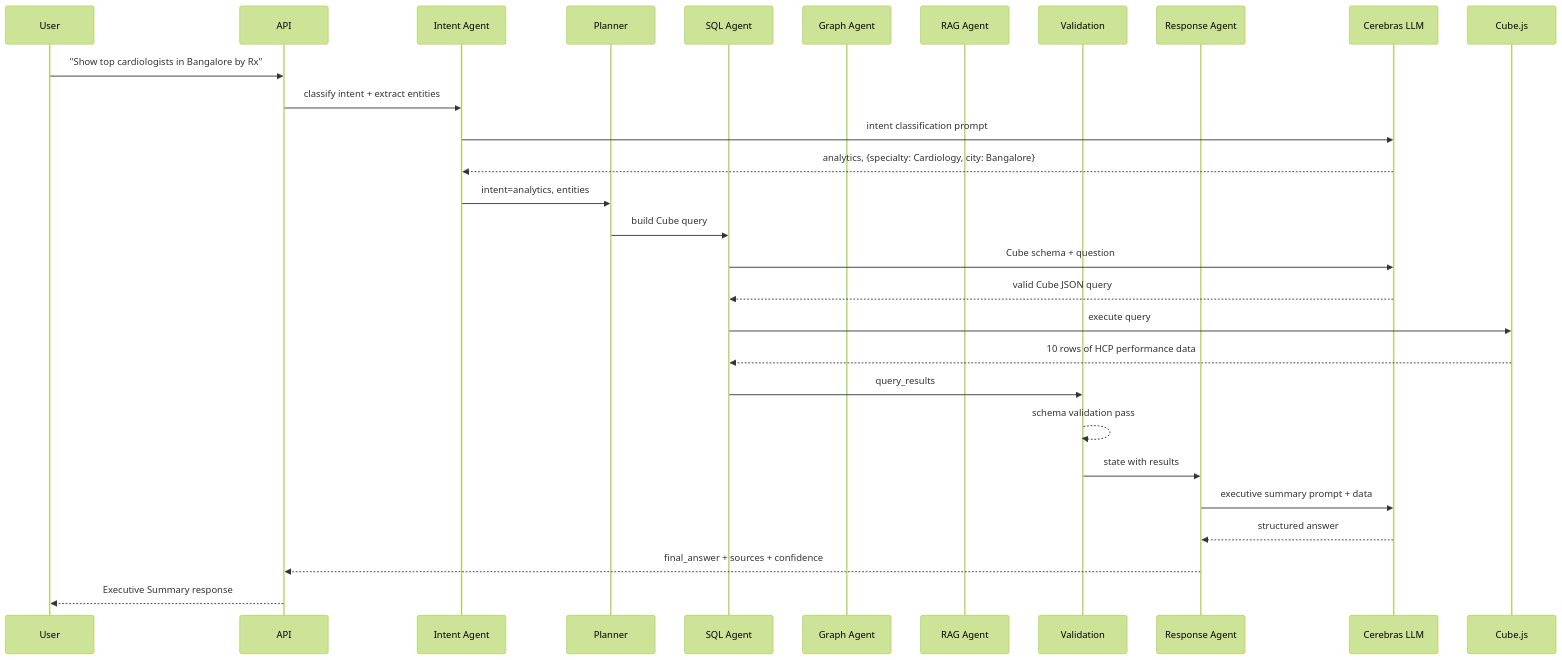
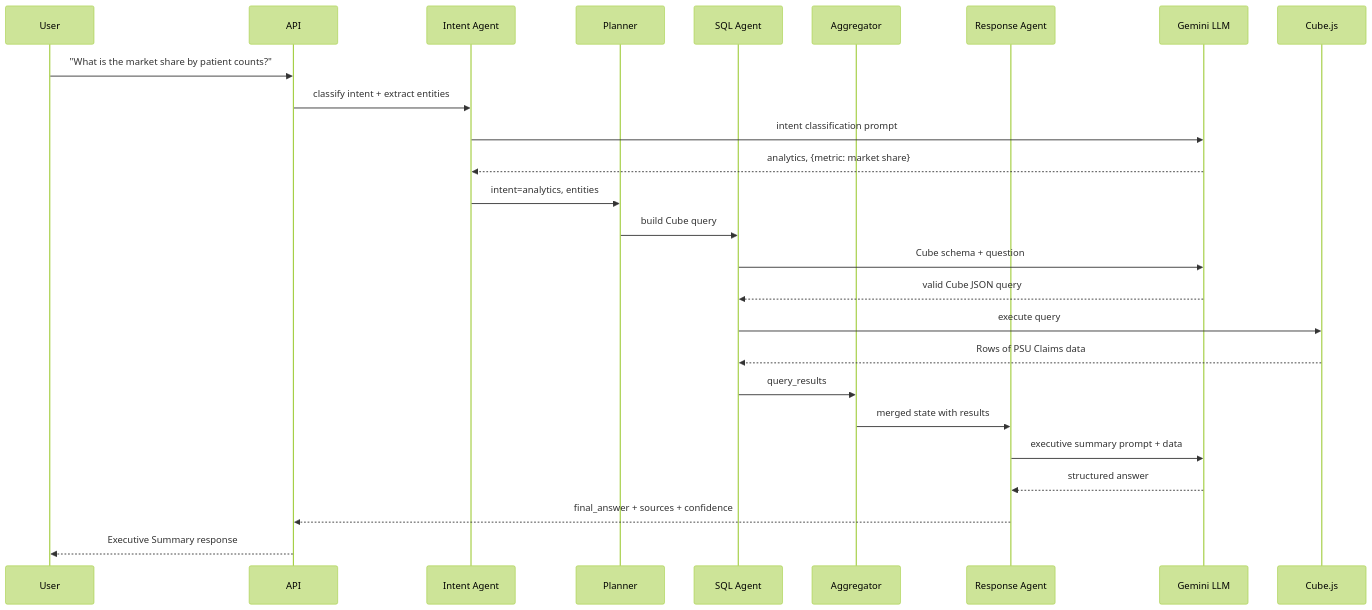
Before and after one commit to vakrahul/Pluse-AI: the second of 3 diagrams in README.md, drawn with Mermaid (forest theme). The commit also changed other lines of this file and 564 other files, not shown here.

````diff
--- a/README.md
+++ b/README.md
@@ -82,31 +91,28 @@
 ```mermaid
 sequenceDiagram
     participant U as User
     participant A as API
     participant I as Intent Agent
     participant P as Planner
     participant S as SQL Agent
-    participant G as Graph Agent
-    participant R as RAG Agent
-    participant V as Validation
+    participant Agg as Aggregator
     participant Res as Response Agent
-    participant LLM as Cerebras LLM
+    participant LLM as Gemini LLM
 
-    U->>A: "Show top cardiologists in Bangalore by Rx"
+    U->>A: "What is the market share by patient counts?"
     A->>I: classify intent + extract entities
     I->>LLM: intent classification prompt
-    LLM-->>I: analytics, {specialty: Cardiology, city: Bangalore}
+    LLM-->>I: analytics, {metric: market share}
     I->>P: intent=analytics, entities
     P->>S: build Cube query
     S->>LLM: Cube schema + question
     LLM-->>S: valid Cube JSON query
     S->>Cube.js: execute query
-    Cube.js-->>S: 10 rows of HCP performance data
-    S->>V: query_results
-    V-->>V: schema validation pass
-    V->>Res: state with results
+    Cube.js-->>S: Rows of PSU Claims data
+    S->>Agg: query_results
+    Agg->>Res: merged state with results
     Res->>LLM: executive summary prompt + data
     LLM-->>Res: structured answer
     Res-->>A: final_answer + sources + confidence
     A-->>U: Executive Summary response
 ```
````
